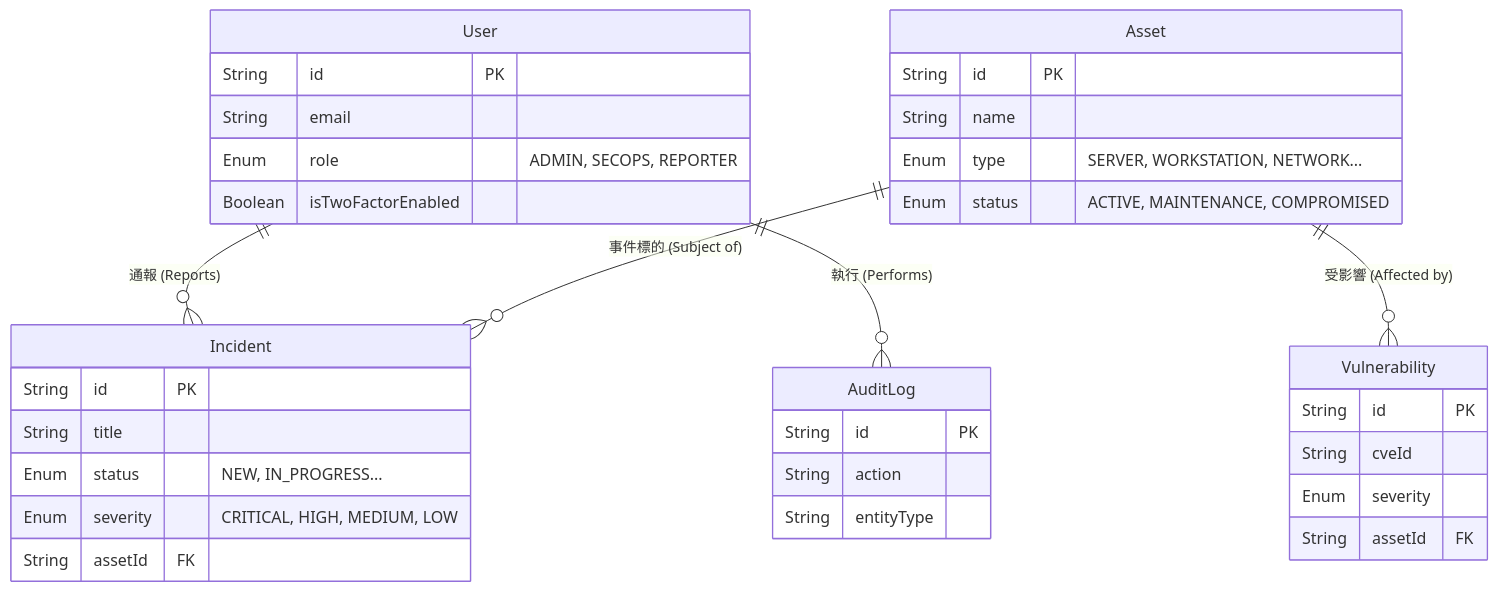
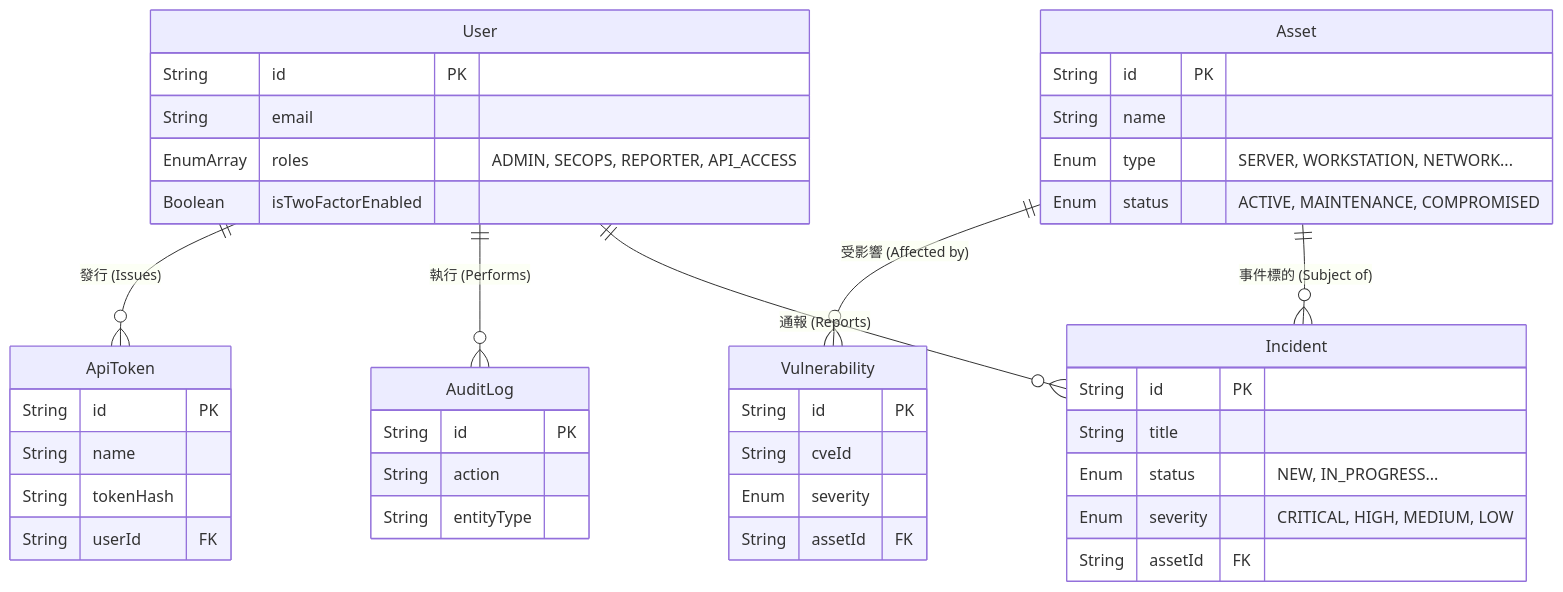
Before and after one commit to Cyber-Sec-Space/openticket: the third of 3 diagrams in docs/ARCHITECTURE.zh-TW.md, drawn with Mermaid. The commit also changed other lines of this file and 44 other files, not shown here.

Commit message:
feat: implement multi-role RBAC arrays and Machine-to-Machine API token infrastructure

````diff
--- a/docs/ARCHITECTURE.zh-TW.md
+++ b/docs/ARCHITECTURE.zh-TW.md
@@ -59,38 +59,45 @@
 ```mermaid
 erDiagram
     User {
         String id PK
         String email
-        Enum role "ADMIN, SECOPS, REPORTER"
+        EnumArray roles "ADMIN, SECOPS, REPORTER, API_ACCESS"
         Boolean isTwoFactorEnabled
+    }
+    ApiToken {
+        String id PK
+        String name
+        String tokenHash
+        String userId FK
     }
     Asset {
         String id PK
         String name
         Enum type "SERVER, WORKSTATION, NETWORK..."
         Enum status "ACTIVE, MAINTENANCE, COMPROMISED"
     }
     Incident {
         String id PK
         String title
         Enum status "NEW, IN_PROGRESS..."
         Enum severity "CRITICAL, HIGH, MEDIUM, LOW"
         String assetId FK
     }
     Vulnerability {
         String id PK
         String cveId
         Enum severity
         String assetId FK
     }
     AuditLog {
         String id PK
         String action
         String entityType
     }
 
     User ||--o{ Incident : "通報 (Reports)"
     Asset ||--o{ Incident : "事件標的 (Subject of)"
     Asset ||--o{ Vulnerability : "受影響 (Affected by)"
     User ||--o{ AuditLog : "執行 (Performs)"
+    User ||--o{ ApiToken : "發行 (Issues)"
 ```
````
